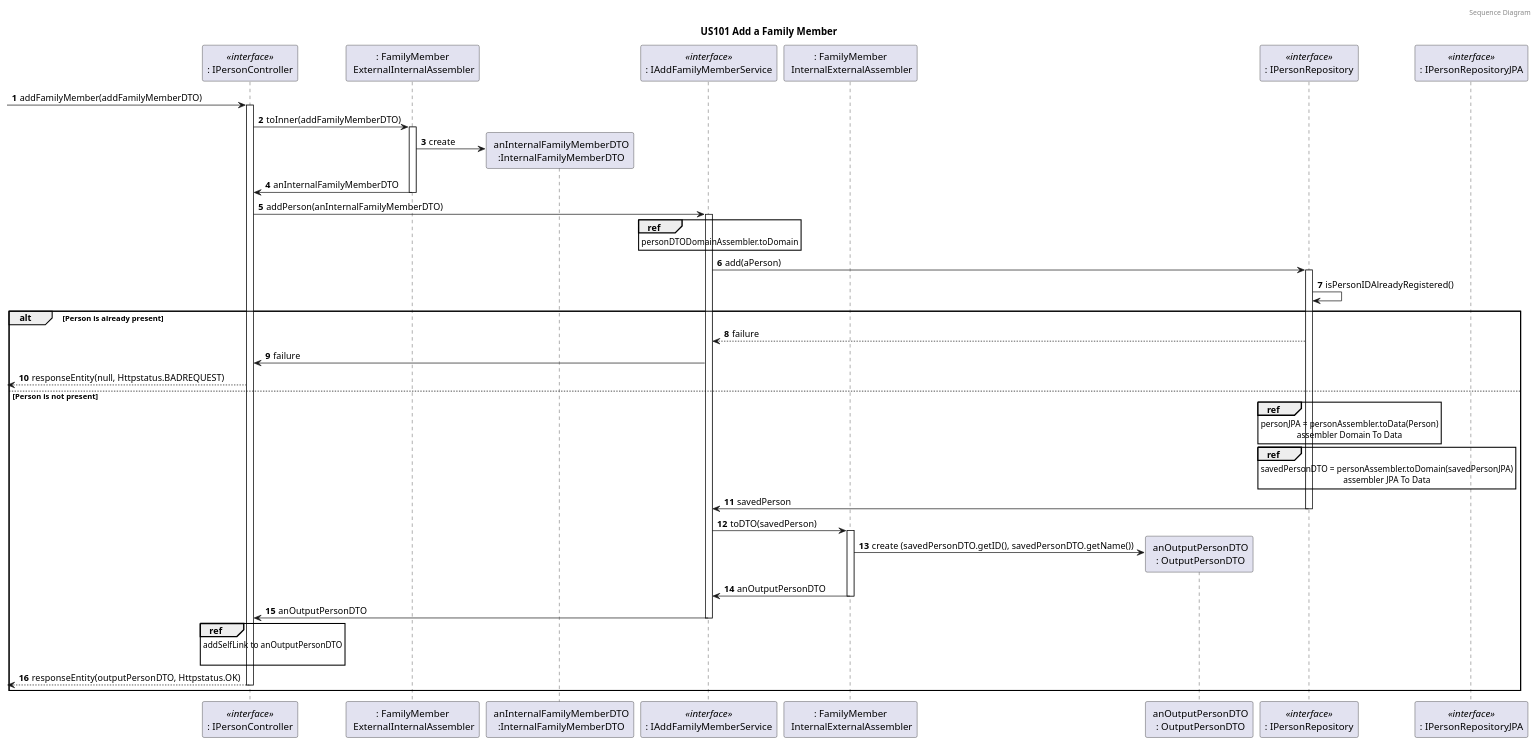
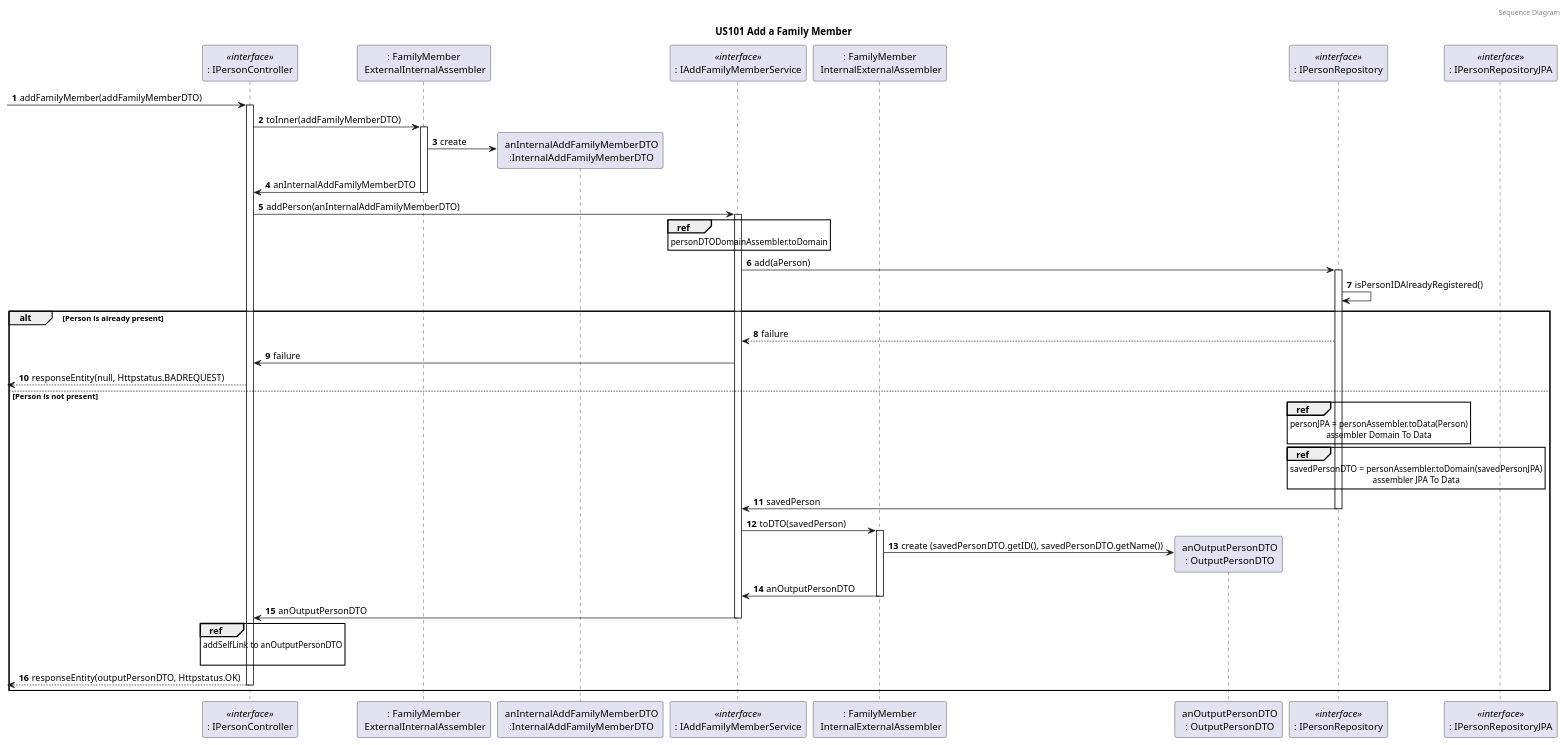
Before and after one commit to tomas-osswald/switch_2020_g3: the fourth of 6 diagrams in docs/sprint5/user_stories/US101_AddFamilyMember.md, drawn with PlantUML. The commit also changed other lines of this file and 16 other files, not shown here.

Commit message:
PersonInternalDTOAssembler established

`````diff
--- a/docs/sprint5/user_stories/US101_AddFamilyMember.md
+++ b/docs/sprint5/user_stories/US101_AddFamilyMember.md
@@ -263,75 +263,75 @@
 ```puml
 @startuml
 autonumber
 header Sequence Diagram
 title US101 Add a Family Member
 
 participant ": IPersonController" as controller <<interface>>
 participant ": FamilyMember\n ExternalInternalAssembler" as outinassembler
-participant " anInternalFamilyMemberDTO\n :InternalFamilyMemberDTO" as aninaddassembler
+participant " anInternalAddFamilyMemberDTO\n :InternalAddFamilyMemberDTO" as aninaddassembler
 participant ": IAddFamilyMemberService" as FamilyMemberService <<interface>>
 participant ": FamilyMember\n InternalExternalAssembler" as inoutassembler
 participant " anOutputPersonDTO\n : OutputPersonDTO" as outputPersonDTO
 participant ": IPersonRepository" as prepository  <<interface>>
 participant ": IPersonRepositoryJPA" as prepositoryJPA  <<interface>>
 'participant "aFamilyRepository\n : FamilyRepository" as frepository
 
 -> controller : addFamilyMember(addFamilyMemberDTO)
 activate controller
 controller -> outinassembler : toInner(addFamilyMemberDTO)
 activate outinassembler
 outinassembler -> aninaddassembler** : create
-outinassembler -> controller : anInternalFamilyMemberDTO
+outinassembler -> controller : anInternalAddFamilyMemberDTO
 deactivate
-controller -> FamilyMemberService : addPerson(anInternalFamilyMemberDTO)
+controller -> FamilyMemberService : addPerson(anInternalAddFamilyMemberDTO)
 activate FamilyMemberService
 
 ref over FamilyMemberService
 personDTODomainAssembler.toDomain
 end
 
 FamilyMemberService -> prepository : add(aPerson)
 activate prepository
 
 prepository -> prepository : isPersonIDAlreadyRegistered()
 alt Person is already present
 prepository --> FamilyMemberService : failure
 
 FamilyMemberService -> controller : failure
 
 <-- controller : responseEntity(null, Httpstatus.BADREQUEST)
 else Person is not present
 ref over prepository
 personJPA = personAssembler.toData(Person)
 assembler Domain To Data
 end
 
 ref over prepository
 savedPersonDTO = personAssembler.toDomain(savedPersonJPA)
 assembler JPA To Data
 end
 
 prepository -> FamilyMemberService : savedPerson
 deactivate prepository
 deactivate prepositoryJPA
 
 FamilyMemberService  -> inoutassembler : toDTO(savedPerson)
 activate inoutassembler 
 inoutassembler -> outputPersonDTO** : create (savedPersonDTO.getID(), savedPersonDTO.getName())
 inoutassembler ->  FamilyMemberService  : anOutputPersonDTO
 deactivate 
 deactivate prepository
 
 FamilyMemberService -> controller : anOutputPersonDTO
 deactivate FamilyMemberService 
 ref over controller
  addSelfLink to anOutputPersonDTO
 
 end
 deactivate FamilyMemberService
 <-- controller : responseEntity(outputPersonDTO, Httpstatus.OK)
 deactivate controller
 
 end
 @enduml
 ````
`````
